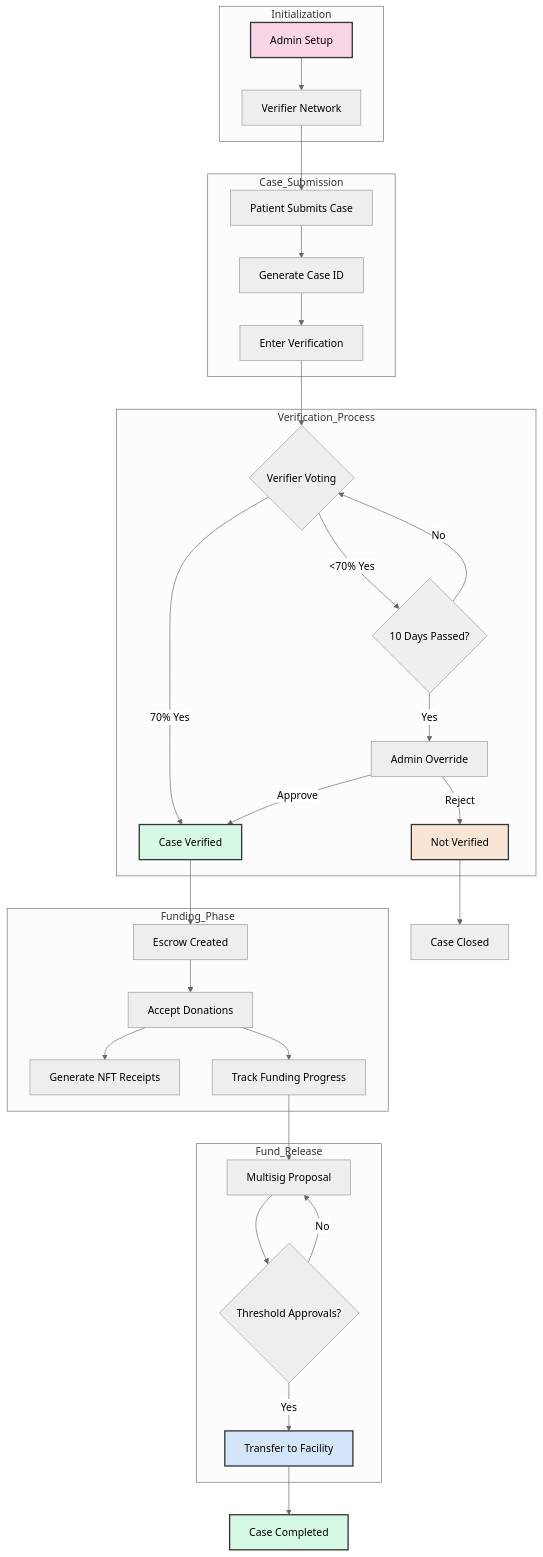
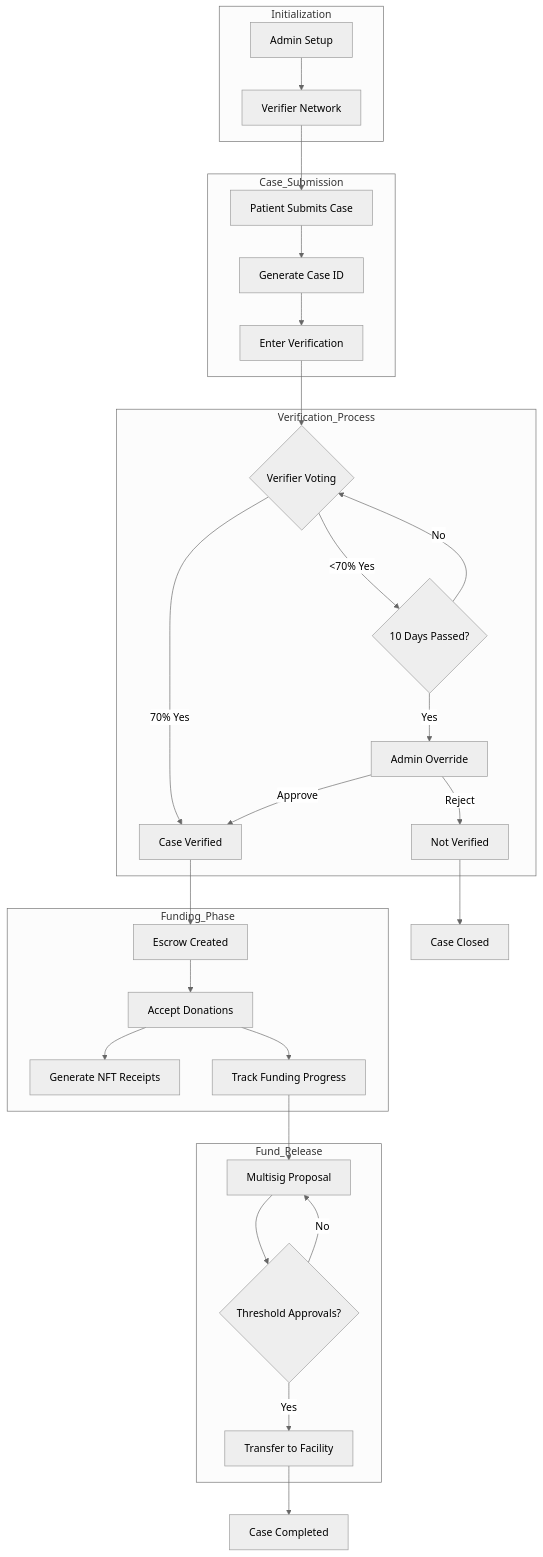
One commit to AymanF10/CuraChain changed the sixth of 6 diagrams in README.md. Above: the diagram before and after it, drawn with Mermaid (neutral theme). The commit also changed other lines of this file, not shown here.

````diff
--- a/README.md
+++ b/README.md
@@ -388,46 +361,40 @@
 ```mermaid
 flowchart TD
     subgraph Initialization
     A[Admin Setup] --> B[Verifier Network]
     end
     
     subgraph Case_Submission
     C[Patient Submits Case] --> D[Generate Case ID]
     D --> E[Enter Verification]
     end
     
     subgraph Verification_Process
     E --> F{Verifier Voting}
     F -->|70% Yes| G[Case Verified]
     F -->|<70% Yes| H{10 Days Passed?}
     H -->|Yes| I[Admin Override]
     H -->|No| F
     I -->|Approve| G
     I -->|Reject| J[Not Verified]
     end
     
     subgraph Funding_Phase
     G --> K[Escrow Created]
     K --> L[Accept Donations]
     L --> M[Generate NFT Receipts]
     L --> N[Track Funding Progress]
     end
     
     subgraph Fund_Release
     N --> O[Multisig Proposal]
     O --> P{Threshold Approvals?}
     P -->|Yes| Q[Transfer to Facility]
     P -->|No| O
     end
     
     J --> R[Case Closed]
     Q --> S[Case Completed]
     
     B --> C
-    
-    style A fill:#f9d5e5,stroke:#333,stroke-width:2px
-    style G fill:#d5f9e5,stroke:#333,stroke-width:2px
-    style J fill:#f9e5d5,stroke:#333,stroke-width:2px
-    style Q fill:#d5e5f9,stroke:#333,stroke-width:2px
-    style S fill:#d5f9e5,stroke:#333,stroke-width:2px
 ```
````
